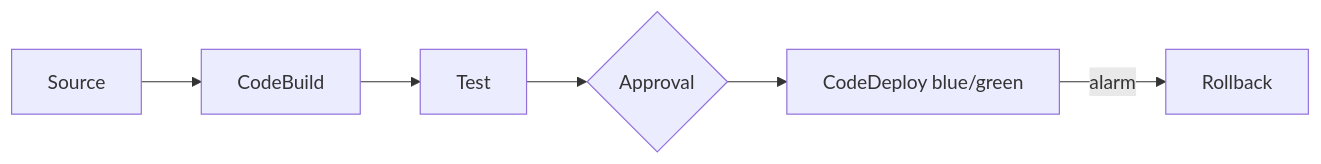
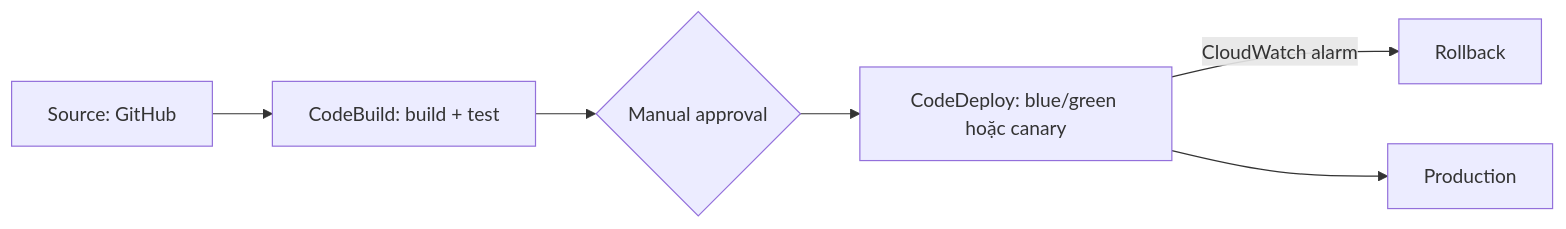
Before and after one commit to passion-Infinity/personal-tech-playbook: the diagram in src/assets/knowledge/playbooks/aws/aws-cicd-devops-tools.md, drawn with Mermaid. The commit also changed other lines of this file and 6 other files, not shown here.

````diff
--- a/src/assets/knowledge/playbooks/aws/aws-cicd-devops-tools.md
+++ b/src/assets/knowledge/playbooks/aws/aws-cicd-devops-tools.md
@@ -26,5 +37,8 @@
 ```mermaid
 flowchart LR
-    SRC[Source] --> B["CodeBuild"] --> T[Test] --> A{Approval} --> D["CodeDeploy blue/green"]
-    D -->|"alarm"| RB[Rollback]
+    SRC["Source: GitHub"] --> B["CodeBuild: build + test"]
+    B --> A{Manual approval}
+    A --> D["CodeDeploy: blue/green hoặc canary"]
+    D -->|"CloudWatch alarm"| RB[Rollback]
+    D --> PROD[Production]
 ```
````
